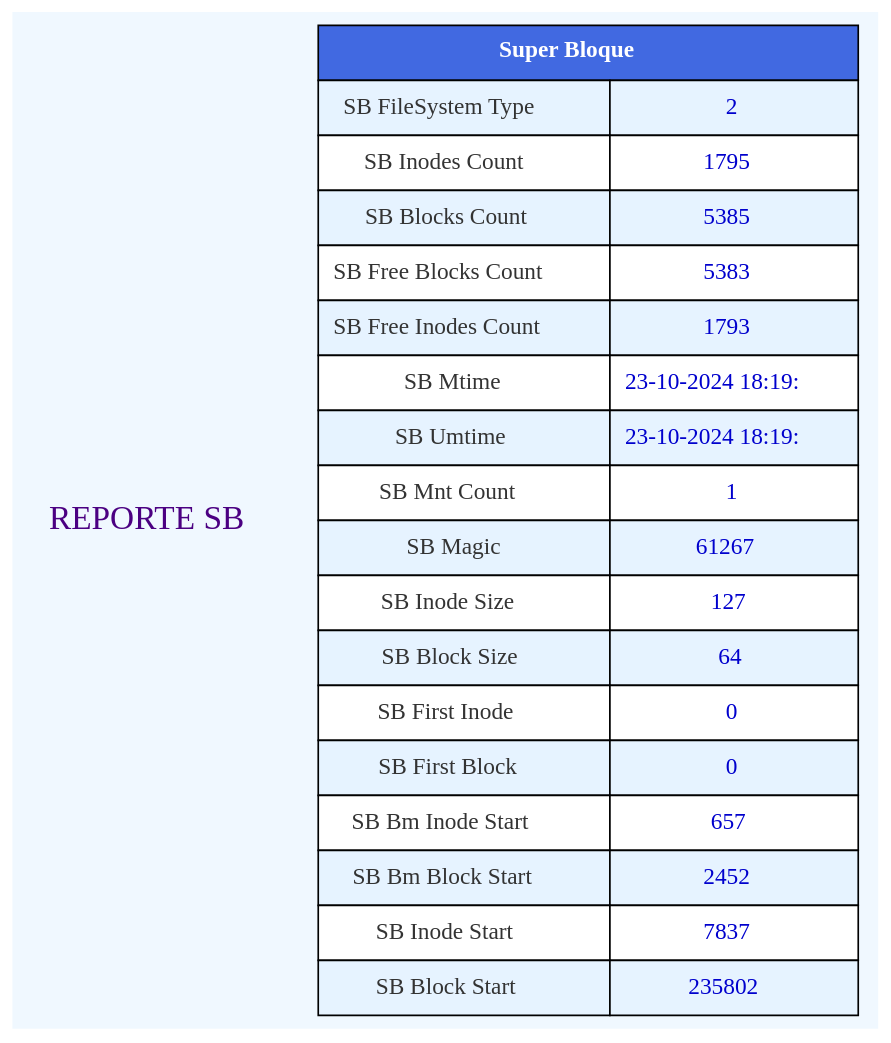
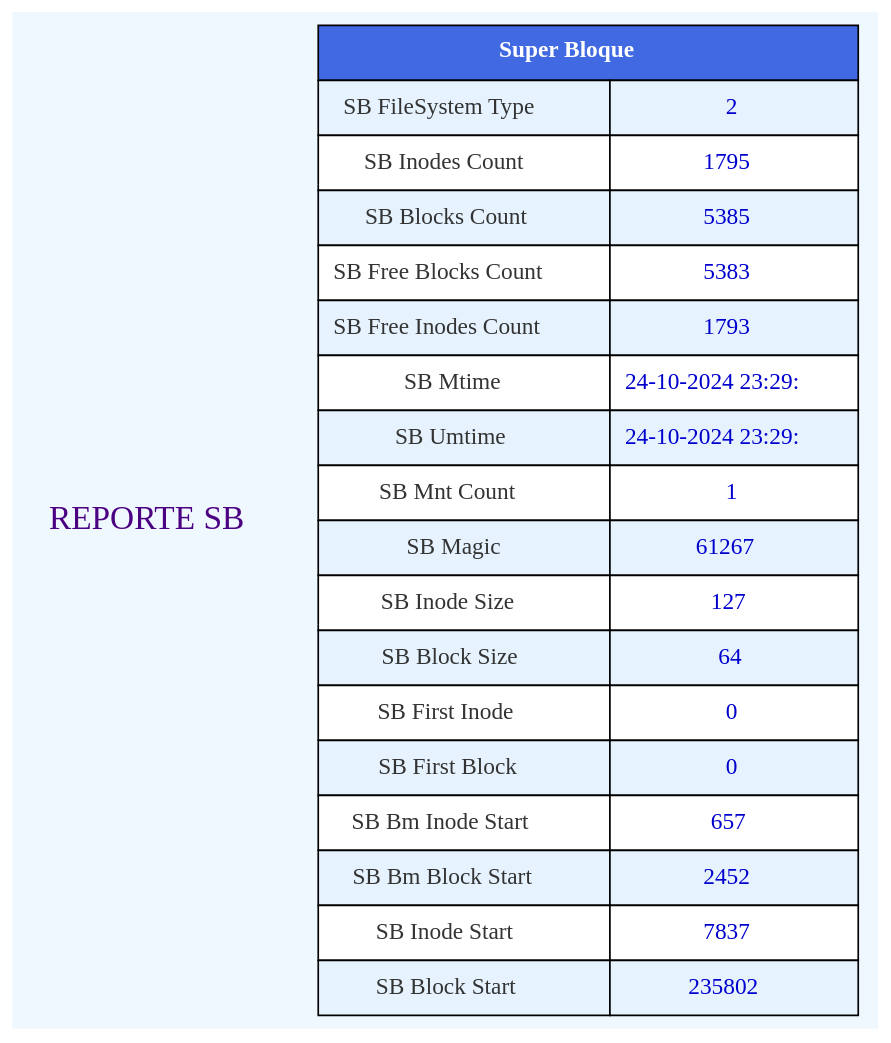
The diagram in atras-fin/REPORTESB.dot (PabloR03/MIA_2S_P2_202201947), drawn with Graphviz before and after one commit. The commit also changed 31 other files, not shown here.

```diff
--- a/atras-fin/REPORTESB.dot
+++ b/atras-fin/REPORTESB.dot
@@ -1,28 +1,28 @@
 digraph G {
 node [shape=plaintext];
 fontname="Helvetica,Arial,sans-serif";
 bgcolor="#F0F8FF";
 title [label="REPORTE SB", fontsize=20, fontcolor="#4B0082"];
 SBTable [label=<
 <table border='0' cellborder='1' cellspacing='0' cellpadding='8'>
 <tr><td bgcolor="#4169E1" colspan='2'><font color="white"><b>Super Bloque</b></font></td></tr>
 <tr><td bgcolor="#E6F3FF"><font color="#333333">SB FileSystem Type</font></td><td bgcolor="#E6F3FF"><font color="#0000CD">2</font></td></tr>
 <tr><td bgcolor="#FFFFFF"><font color="#333333">SB Inodes Count</font></td><td bgcolor="#FFFFFF"><font color="#0000CD">1795</font></td></tr>
 <tr><td bgcolor="#E6F3FF"><font color="#333333">SB Blocks Count</font></td><td bgcolor="#E6F3FF"><font color="#0000CD">5385</font></td></tr>
 <tr><td bgcolor="#FFFFFF"><font color="#333333">SB Free Blocks Count</font></td><td bgcolor="#FFFFFF"><font color="#0000CD">5383</font></td></tr>
 <tr><td bgcolor="#E6F3FF"><font color="#333333">SB Free Inodes Count</font></td><td bgcolor="#E6F3FF"><font color="#0000CD">1793</font></td></tr>
-<tr><td bgcolor="#FFFFFF"><font color="#333333">SB Mtime</font></td><td bgcolor="#FFFFFF"><font color="#0000CD">23-10-2024 18:19:</font></td></tr>
-<tr><td bgcolor="#E6F3FF"><font color="#333333">SB Umtime</font></td><td bgcolor="#E6F3FF"><font color="#0000CD">23-10-2024 18:19:</font></td></tr>
+<tr><td bgcolor="#FFFFFF"><font color="#333333">SB Mtime</font></td><td bgcolor="#FFFFFF"><font color="#0000CD">24-10-2024 23:29:</font></td></tr>
+<tr><td bgcolor="#E6F3FF"><font color="#333333">SB Umtime</font></td><td bgcolor="#E6F3FF"><font color="#0000CD">24-10-2024 23:29:</font></td></tr>
 <tr><td bgcolor="#FFFFFF"><font color="#333333">SB Mnt Count</font></td><td bgcolor="#FFFFFF"><font color="#0000CD">1</font></td></tr>
 <tr><td bgcolor="#E6F3FF"><font color="#333333">SB Magic</font></td><td bgcolor="#E6F3FF"><font color="#0000CD">61267</font></td></tr>
 <tr><td bgcolor="#FFFFFF"><font color="#333333">SB Inode Size</font></td><td bgcolor="#FFFFFF"><font color="#0000CD">127</font></td></tr>
 <tr><td bgcolor="#E6F3FF"><font color="#333333">SB Block Size</font></td><td bgcolor="#E6F3FF"><font color="#0000CD">64</font></td></tr>
 <tr><td bgcolor="#FFFFFF"><font color="#333333">SB First Inode</font></td><td bgcolor="#FFFFFF"><font color="#0000CD">0</font></td></tr>
 <tr><td bgcolor="#E6F3FF"><font color="#333333">SB First Block</font></td><td bgcolor="#E6F3FF"><font color="#0000CD">0</font></td></tr>
 <tr><td bgcolor="#FFFFFF"><font color="#333333">SB Bm Inode Start</font></td><td bgcolor="#FFFFFF"><font color="#0000CD">657</font></td></tr>
 <tr><td bgcolor="#E6F3FF"><font color="#333333">SB Bm Block Start</font></td><td bgcolor="#E6F3FF"><font color="#0000CD">2452</font></td></tr>
 <tr><td bgcolor="#FFFFFF"><font color="#333333">SB Inode Start</font></td><td bgcolor="#FFFFFF"><font color="#0000CD">7837</font></td></tr>
 <tr><td bgcolor="#E6F3FF"><font color="#333333">SB Block Start</font></td><td bgcolor="#E6F3FF"><font color="#0000CD">235802</font></td></tr>
 </table>
 >];
 }
```
